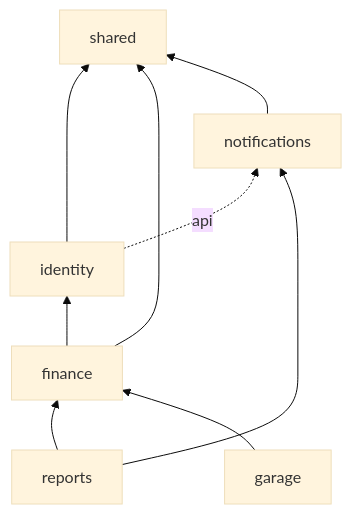
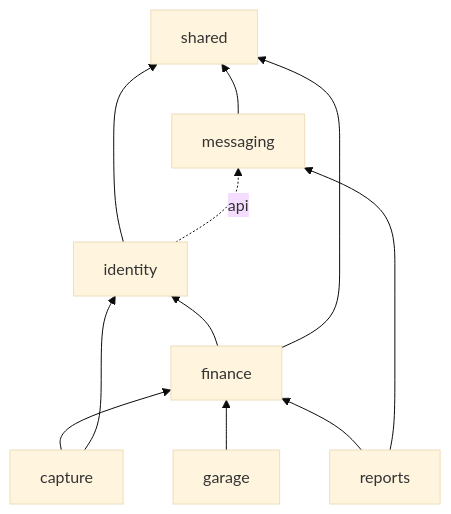
Before and after one commit to AndreyK-2305/PersonalAppTrackerBackend: the second of 2 diagrams in docs/architecture/overview.md, drawn with Mermaid (base theme). The commit also changed other lines of this file and 176 other files, not shown here.

First line of the commit message:
feat: módulo finance con modelo contable, persistencia y API REST (Etapa 3)

````diff
--- a/docs/architecture/overview.md
+++ b/docs/architecture/overview.md
@@ -22,11 +23,13 @@
 ```mermaid
 flowchart BT
     identity --> shared
     finance --> identity
     finance --> shared
-    notifications --> shared
-    identity -.->|api| notifications
+    capture --> finance
+    capture --> identity
+    messaging --> shared
+    identity -.->|api| messaging
     reports --> finance
-    reports --> notifications
+    reports --> messaging
     garage --> finance
 ```
````
